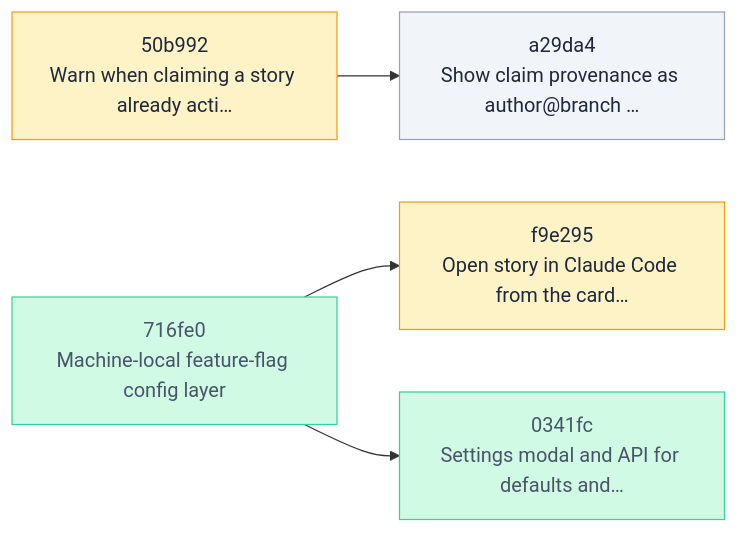
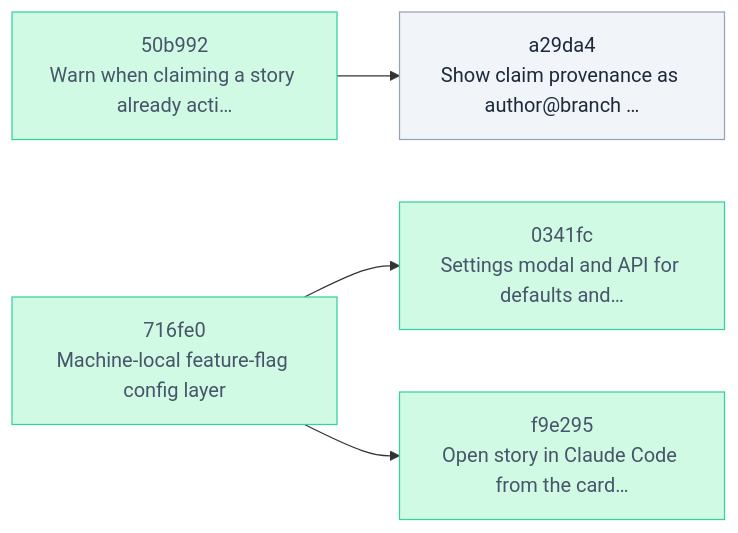
Before and after one commit to Vitund-AI/skald: the diagram in .skald/README.md, drawn with Mermaid. The commit also changed other lines of this file and 2 other files, not shown here.

````diff
--- a/.skald/README.md
+++ b/.skald/README.md
@@ -16,17 +16,15 @@
 ```mermaid
 flowchart LR
     n_0341fc["0341fc<br/>Settings modal and API for defaults and…"]
     n_50b992["50b992<br/>Warn when claiming a story already acti…"]
     n_716fe0["716fe0<br/>Machine-local feature-flag config layer"]
     n_a29da4["a29da4<br/>Show claim provenance as author@branch …"]
     n_f9e295["f9e295<br/>Open story in Claude Code from the card…"]
     n_50b992 --> n_a29da4
+    n_716fe0 --> n_0341fc
     n_716fe0 --> n_f9e295
-    n_716fe0 --> n_0341fc
     classDef backlog fill:#f1f5f9,stroke:#94a3b8,color:#1e293b
-    classDef active fill:#fef3c7,stroke:#f59e0b,color:#1e293b
     classDef done fill:#d1fae5,stroke:#34d399,color:#475569
-    class n_0341fc,n_716fe0 done
+    class n_0341fc,n_50b992,n_716fe0,n_f9e295 done
     class n_a29da4 backlog
-    class n_50b992,n_f9e295 active
 ```
````
